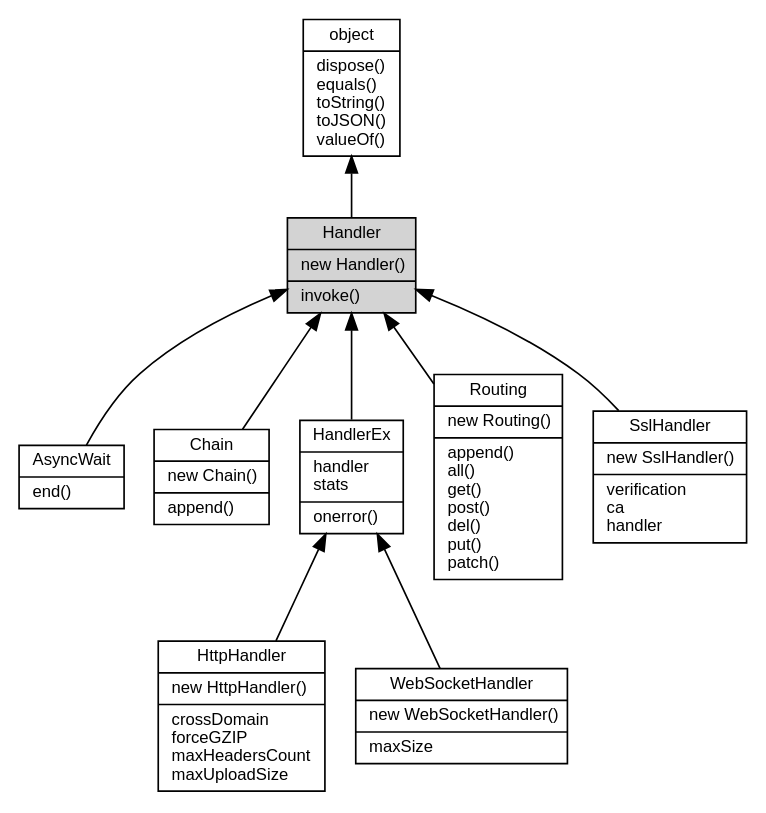
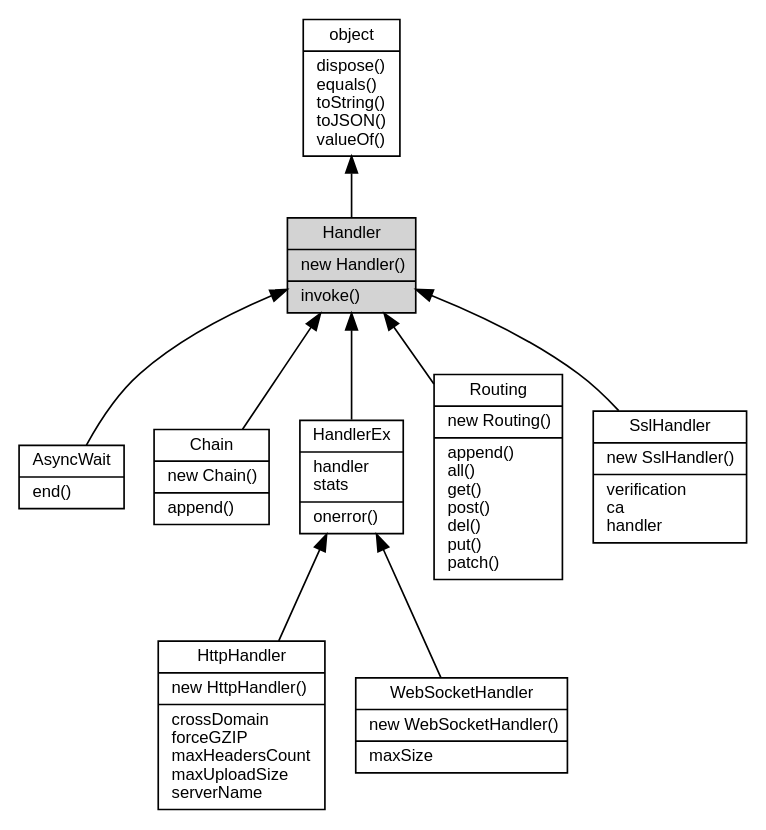
Before and after one commit to fibjs/fibjs.org: the diagram in docs/manual/object/ifs/Handler.md, drawn with Graphviz. The commit also changed 14 other files, not shown here.

````diff
--- a/docs/manual/object/ifs/Handler.md
+++ b/docs/manual/object/ifs/Handler.md
@@ -5,24 +5,24 @@
 ```dot
 digraph {
     node [fontname="Helvetica,sans-Serif", fontsize=10, shape="record", style="filled", fillcolor="white"];
 
     object [tooltip="object", URL="object.md", label="{object|dispose()\lequals()\ltoString()\ltoJSON()\lvalueOf()\l}"];
     Handler [tooltip="Handler", fillcolor="lightgray", label="{Handler|new Handler()\l|invoke()\l}"];
     AsyncWait [tooltip="AsyncWait", URL="AsyncWait.md", label="{AsyncWait|end()\l}"];
     Chain [tooltip="Chain", URL="Chain.md", label="{Chain|new Chain()\l|append()\l}"];
     HandlerEx [tooltip="HandlerEx", URL="HandlerEx.md", label="{HandlerEx|handler\lstats\l|onerror()\l}"];
-    HttpHandler [tooltip="HttpHandler", URL="HttpHandler.md", label="{HttpHandler|new HttpHandler()\l|crossDomain\lforceGZIP\lmaxHeadersCount\lmaxUploadSize\l}"];
+    HttpHandler [tooltip="HttpHandler", URL="HttpHandler.md", label="{HttpHandler|new HttpHandler()\l|crossDomain\lforceGZIP\lmaxHeadersCount\lmaxUploadSize\lserverName\l}"];
     WebSocketHandler [tooltip="WebSocketHandler", URL="WebSocketHandler.md", label="{WebSocketHandler|new WebSocketHandler()\l|maxSize\l}"];
     Routing [tooltip="Routing", URL="Routing.md", label="{Routing|new Routing()\l|append()\lall()\lget()\lpost()\ldel()\lput()\lpatch()\l}"];
     SslHandler [tooltip="SslHandler", URL="SslHandler.md", label="{SslHandler|new SslHandler()\l|verification\lca\lhandler\l}"];
 
     object -> Handler [dir=back];
     Handler -> AsyncWait [dir=back];
     Handler -> Chain [dir=back];
     Handler -> HandlerEx [dir=back];
     HandlerEx -> HttpHandler [dir=back];
     HandlerEx -> WebSocketHandler [dir=back];
     Handler -> Routing [dir=back];
     Handler -> SslHandler [dir=back];
 }
 ```
````
